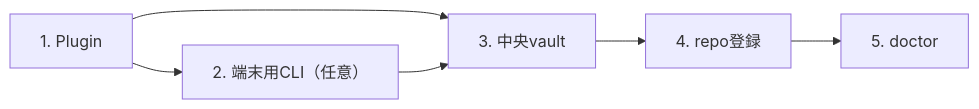
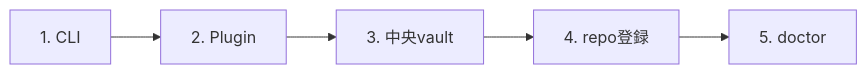
Before and after one commit to skanehira1126/knowledge-refinery: the diagram in docs/getting-started.md, drawn with Mermaid. The commit also changed other lines of this file and 24 other files, not shown here.

````diff
--- a/docs/getting-started.md
+++ b/docs/getting-started.md
@@ -17,5 +17,4 @@
 ```mermaid
 flowchart LR
-    P["1. Plugin"] --> V["3. 中央vault"] --> R["4. repo登録"] --> D["5. doctor"]
-    P --> C["2. 端末用CLI（任意）"] --> V
+    C["1. CLI"] --> P["2. Plugin"] --> V["3. 中央vault"] --> R["4. repo登録"] --> D["5. doctor"]
 ```
````
